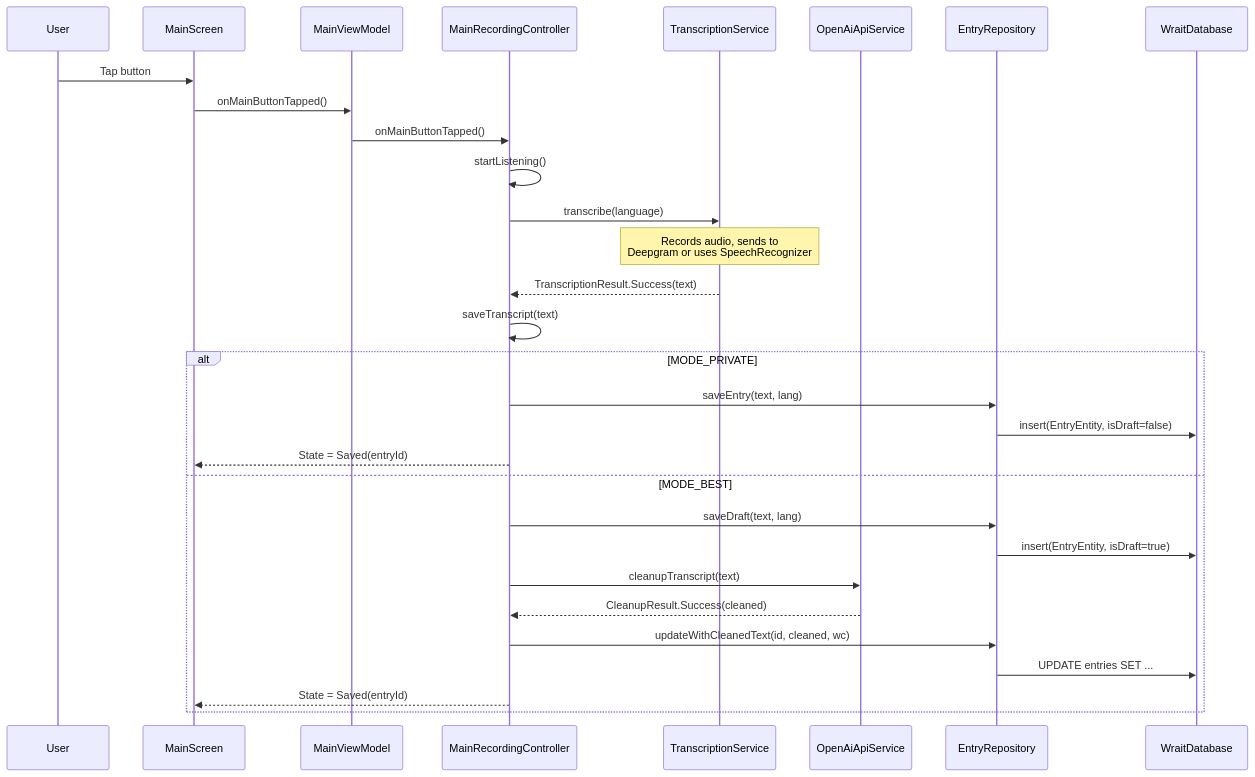
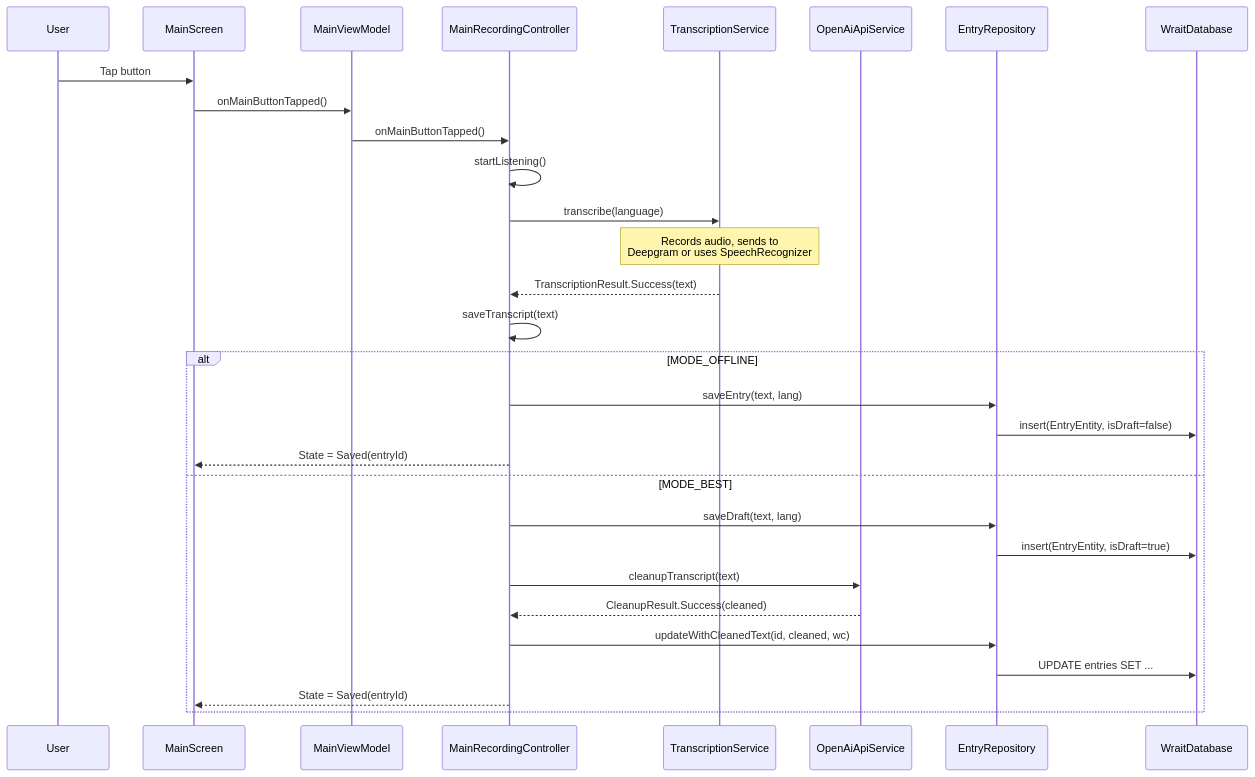
One commit to santik/wrait changed the second of 5 diagrams in codebase-analysis-docs/CODEBASE_KNOWLEDGE.md. Above: the diagram before and after it, drawn with Mermaid. The commit also changed other lines of this file and 18 other files, not shown here.

First line of the commit message:
Rename private mode to offline mode and update related functionality

````diff
--- a/codebase-analysis-docs/CODEBASE_KNOWLEDGE.md
+++ b/codebase-analysis-docs/CODEBASE_KNOWLEDGE.md
@@ -164,34 +164,34 @@
 ```mermaid
 sequenceDiagram
     participant U as User
     participant MS as MainScreen
     participant MVM as MainViewModel
     participant MRC as MainRecordingController
     participant TS as TranscriptionService
     participant OAI as OpenAiApiService
     participant ER as EntryRepository
     participant DB as WraitDatabase
 
     U->>MS: Tap button
     MS->>MVM: onMainButtonTapped()
     MVM->>MRC: onMainButtonTapped()
     MRC->>MRC: startListening()
     MRC->>TS: transcribe(language)
     Note over TS: Records audio, sends to<br/>Deepgram or uses SpeechRecognizer
     TS-->>MRC: TranscriptionResult.Success(text)
     MRC->>MRC: saveTranscript(text)
 
-    alt MODE_PRIVATE
+    alt MODE_OFFLINE
         MRC->>ER: saveEntry(text, lang)
         ER->>DB: insert(EntryEntity, isDraft=false)
         MRC-->>MS: State = Saved(entryId)
     else MODE_BEST
         MRC->>ER: saveDraft(text, lang)
         ER->>DB: insert(EntryEntity, isDraft=true)
         MRC->>OAI: cleanupTranscript(text)
         OAI-->>MRC: CleanupResult.Success(cleaned)
         MRC->>ER: updateWithCleanedText(id, cleaned, wc)
         ER->>DB: UPDATE entries SET ...
         MRC-->>MS: State = Saved(entryId)
     end
 ```
````
